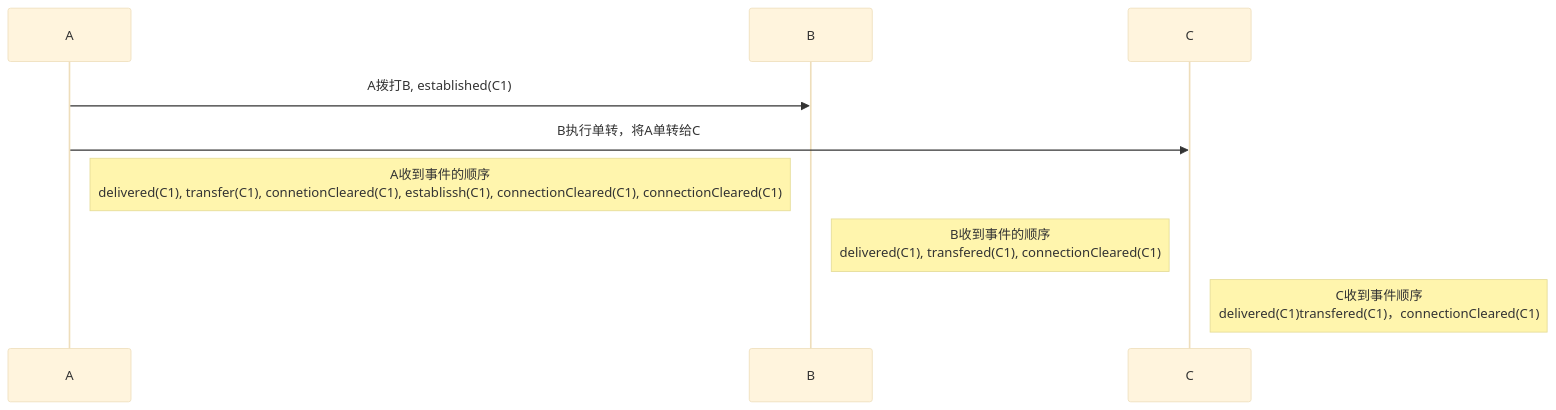
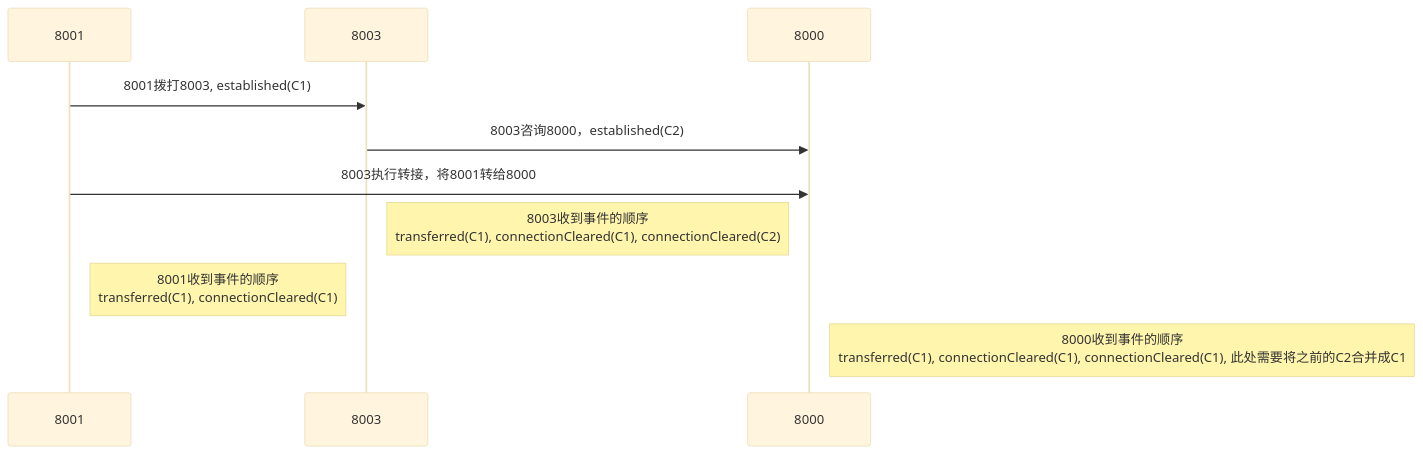
Before and after one commit to jacksmithindex001/wellclient: the second of 2 diagrams in flow.md, drawn with Mermaid (base theme). The commit also changed other lines of this file and 1 other file, not shown here.

````diff
--- a/flow.md
+++ b/flow.md
@@ -16,13 +17,13 @@
 ```mermaid
 sequenceDiagram
-    participant A
-    participant B
-    participant C
-    A->>B: A拨打B, established(C1)
+    participant 8001
+    participant 8003
+    participant 8000
+    8001->>8003: 8001拨打8003, established(C1)
 
-    A->>C: B执行单转，将A单转给C
-    Note right of A: A收到事件的顺序<br/> delivered(C1), transfer(C1), connetionCleared(C1), establissh(C1), connectionCleared(C1), connectionCleared(C1)
-    Note right of B: B收到事件的顺序<br/>delivered(C1), transfered(C1), connectionCleared(C1)
-    
-    Note right of C: C收到事件顺序<br/>delivered(C1)transfered(C1)，connectionCleared(C1)
+    8003->>8000: 8003咨询8000，established(C2)
+    8001->>8000: 8003执行转接，将8001转给8000
+    Note right of 8003: 8003收到事件的顺序<br/> transferred(C1), connectionCleared(C1), connectionCleared(C2)
+    Note right of 8001: 8001收到事件的顺序<br/> transferred(C1), connectionCleared(C1)
+    Note right of 8000: 8000收到事件的顺序<br/> transferred(C1), connectionCleared(C1), connectionCleared(C1), 此处需要将之前的C2合并成C1
 ```
````
